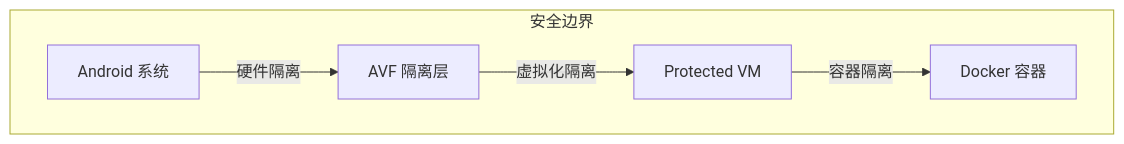
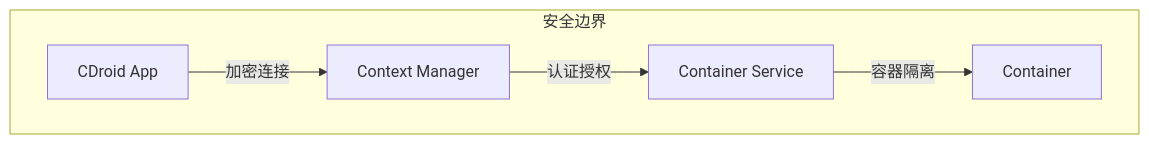
One commit to LineCatOvO/DFA changed the eighth of 10 diagrams in docs/ARCHITECTURE.md. Above: the diagram before and after it, drawn with Mermaid. The commit also changed other lines of this file and 25 other files, not shown here.

````diff
--- a/docs/ARCHITECTURE.md
+++ b/docs/ARCHITECTURE.md
@@ -321,13 +261,13 @@
 ```mermaid
 graph TB
     subgraph "安全边界"
-        A[Android 系统]
-        B[AVF 隔离层]
-        C[Protected VM]
-        D[Docker 容器]
+        A[CDroid App]
+        B[Context Manager]
+        C[Container Service]
+        D[Container]
     end
     
-    A -->|硬件隔离| B
-    B -->|虚拟化隔离| C
+    A -->|加密连接| B
+    B -->|认证授权| C
     C -->|容器隔离| D
 ```
````
